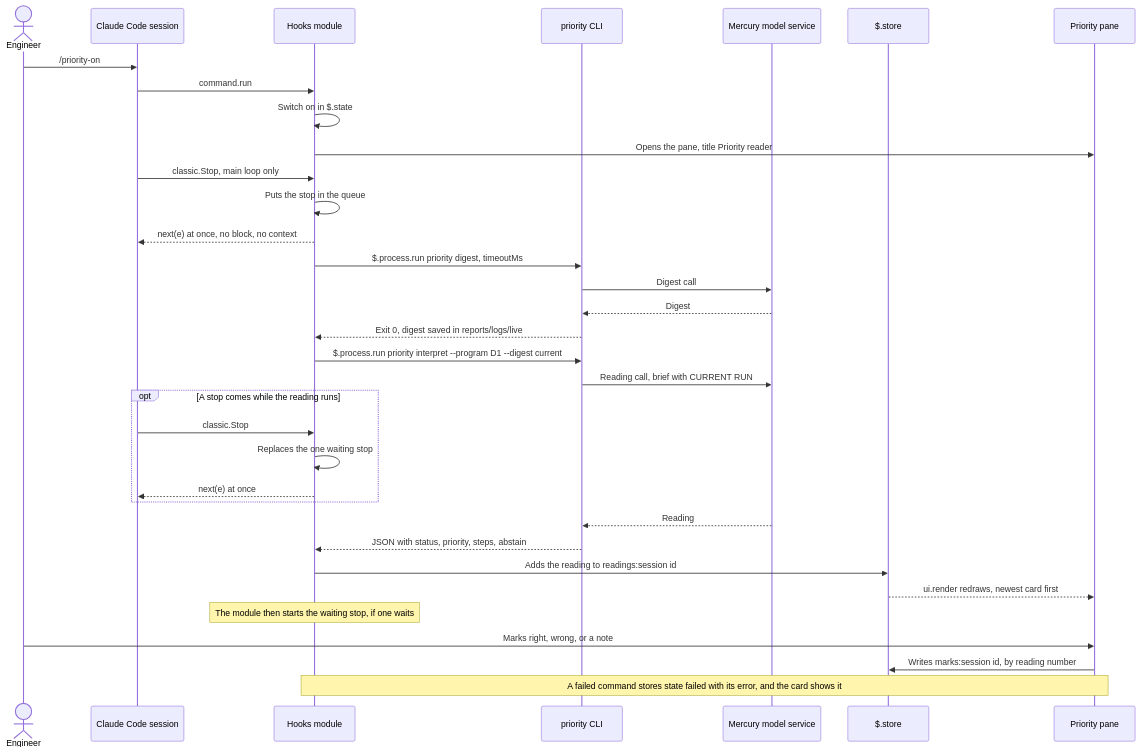
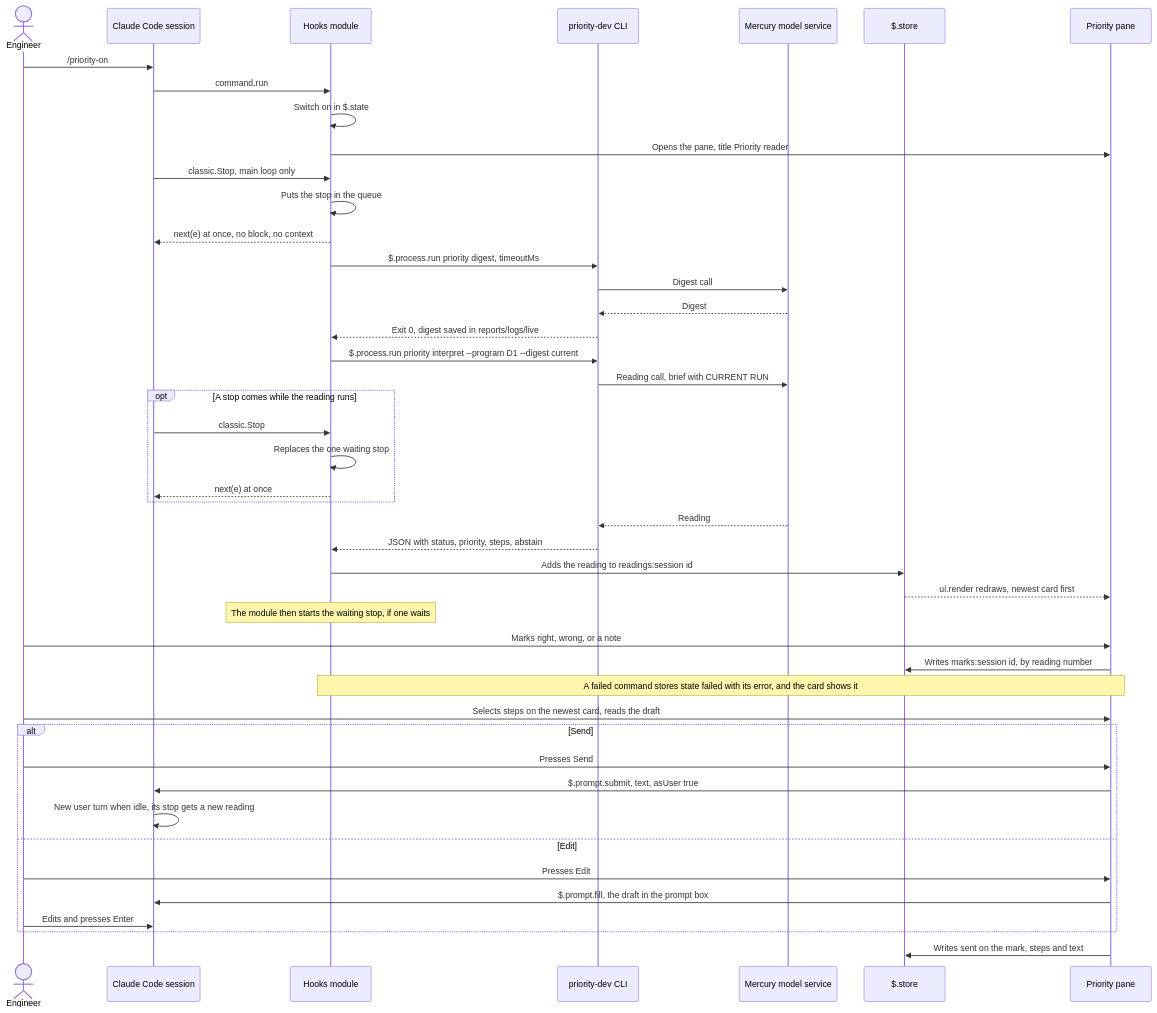
Before and after one commit to bjornslib/cobuilder-plugin: the diagram in docs/architecture/designs/priority-dev-cc-plugin/diagrams/level-2.mmd, drawn with Mermaid. The commit also changed 18 other files, not shown here.

First line of the commit message:
Design round 2: act on selected steps, and design the pane

```diff
--- a/docs/architecture/designs/priority-dev-cc-plugin/diagrams/level-2.mmd
+++ b/docs/architecture/designs/priority-dev-cc-plugin/diagrams/level-2.mmd
@@ -1,43 +1,55 @@
 %% Sequence: the switch, one stop, one reading, and one mark.
 %% The Stop hook never awaits the reading. Names follow contracts.md.
 sequenceDiagram
     actor Person as Engineer
     participant CC as Claude Code session
     participant Mod as Hooks module
-    participant CLI as priority CLI
+    participant CLI as priority-dev CLI
     participant LLM as Mercury model service
     participant Store as $.store
     participant Pane as Priority pane
 
     Person->>CC: /priority-on
     CC->>Mod: command.run
     Mod->>Mod: Switch on in $.state
     Mod->>Pane: Opens the pane, title Priority reader
 
     CC->>Mod: classic.Stop, main loop only
     Mod->>Mod: Puts the stop in the queue
     Mod-->>CC: next(e) at once, no block, no context
 
     Mod->>CLI: $.process.run priority digest, timeoutMs
     CLI->>LLM: Digest call
     LLM-->>CLI: Digest
     CLI-->>Mod: Exit 0, digest saved in reports/logs/live
     Mod->>CLI: $.process.run priority interpret --program D1 --digest current
     CLI->>LLM: Reading call, brief with CURRENT RUN
 
     opt A stop comes while the reading runs
         CC->>Mod: classic.Stop
         Mod->>Mod: Replaces the one waiting stop
         Mod-->>CC: next(e) at once
     end
 
     LLM-->>CLI: Reading
     CLI-->>Mod: JSON with status, priority, steps, abstain
 
     Mod->>Store: Adds the reading to readings:session id
     Store-->>Pane: ui.render redraws, newest card first
     Note over Mod: The module then starts the waiting stop, if one waits
 
     Person->>Pane: Marks right, wrong, or a note
     Pane->>Store: Writes marks:session id, by reading number
     Note over Mod,Pane: A failed command stores state failed with its error, and the card shows it
+
+    Person->>Pane: Selects steps on the newest card, reads the draft
+    alt Send
+        Person->>Pane: Presses Send
+        Pane->>CC: $.prompt.submit, text, asUser true
+        CC->>CC: New user turn when idle, its stop gets a new reading
+    else Edit
+        Person->>Pane: Presses Edit
+        Pane->>CC: $.prompt.fill, the draft in the prompt box
+        Person->>CC: Edits and presses Enter
+    end
+    Pane->>Store: Writes sent on the mark, steps and text
```
